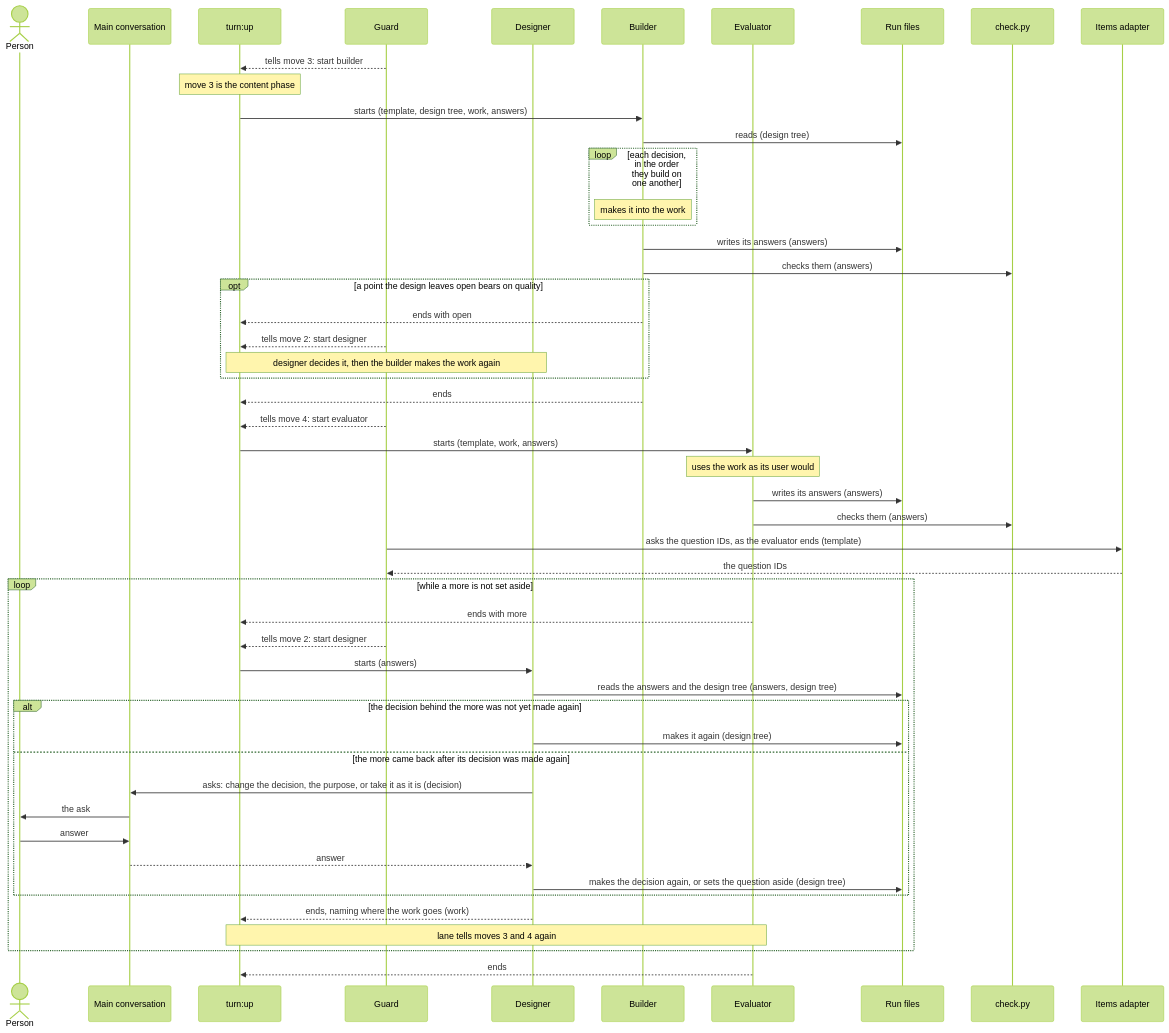
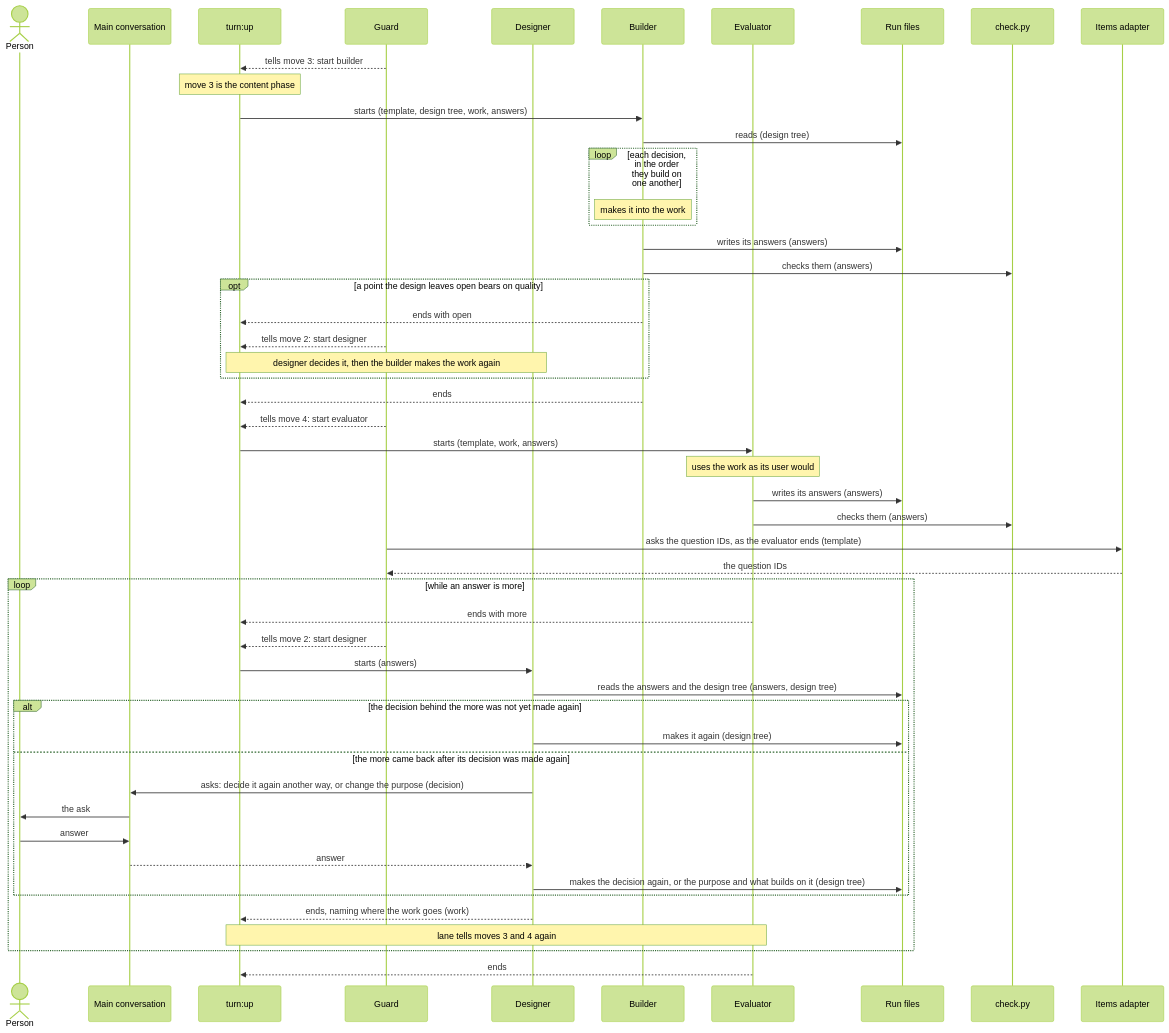
One commit to lovaizu/ccpm changed the fourth of 6 diagrams in dev/turn/architecture.md. Above: the diagram before and after it, drawn with Mermaid (forest theme). The commit also changed other lines of this file and 2 other files, not shown here.

````diff
--- a/dev/turn/architecture.md
+++ b/dev/turn/architecture.md
@@ -386,53 +389,53 @@
 ```mermaid
 sequenceDiagram
   actor P as Person
   participant M as Main conversation
   participant U as turn:up
   participant G as Guard
   participant D as Designer
   participant B as Builder
   participant E as Evaluator
   participant R as Run files
   participant C as check.py
   participant IA as Items adapter
   G-->>U: tells move 3: start builder
   Note over U: move 3 is the content phase
   U->>B: starts (template, design tree, work, answers)
   B->>R: reads (design tree)
   loop each decision, in the order they build on one another
     Note over B: makes it into the work
   end
   B->>R: writes its answers (answers)
   B->>C: checks them (answers)
   opt a point the design leaves open bears on quality
     B-->>U: ends with open
     G-->>U: tells move 2: start designer
     Note over U,D: designer decides it, then the builder makes the work again
   end
   B-->>U: ends
   G-->>U: tells move 4: start evaluator
   U->>E: starts (template, work, answers)
   Note over E: uses the work as its user would
   E->>R: writes its answers (answers)
   E->>C: checks them (answers)
   G->>IA: asks the question IDs, as the evaluator ends (template)
   IA-->>G: the question IDs
-  loop while a more is not set aside
+  loop while an answer is more
     E-->>U: ends with more
     G-->>U: tells move 2: start designer
     U->>D: starts (answers)
     D->>R: reads the answers and the design tree (answers, design tree)
     alt the decision behind the more was not yet made again
       D->>R: makes it again (design tree)
     else the more came back after its decision was made again
-      D->>M: asks: change the decision, the purpose, or take it as it is (decision)
+      D->>M: asks: decide it again another way, or change the purpose (decision)
       M->>P: the ask
       P->>M: answer
       M-->>D: answer
-      D->>R: makes the decision again, or sets the question aside (design tree)
+      D->>R: makes the decision again, or the purpose and what builds on it (design tree)
     end
     D-->>U: ends, naming where the work goes (work)
     Note over U,E: lane tells moves 3 and 4 again
   end
   E-->>U: ends
 ```
````
